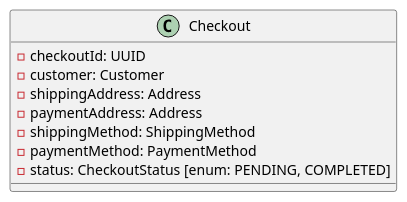
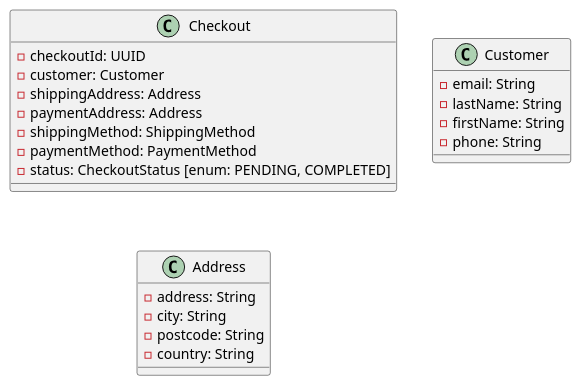
One commit to szabolaszlo/storefrontdemo changed the second of 2 diagrams in Checkout/App/docs/api.adoc. Above: the diagram before and after it, drawn with PlantUML.

Commit message:
customer, address object

```diff
--- a/Checkout/App/docs/api.adoc
+++ b/Checkout/App/docs/api.adoc
@@ -93,12 +93,26 @@
 [plantuml]
 ----
 class Checkout {
     - checkoutId: UUID
     - customer: Customer
     - shippingAddress: Address
     - paymentAddress: Address
     - shippingMethod: ShippingMethod
     - paymentMethod: PaymentMethod
     - status: CheckoutStatus [enum: PENDING, COMPLETED]
 }
+
+class Customer {
+    - email: String
+    - lastName: String
+    - firstName: String
+    - phone: String
+}
+
+class Address {
+    - address: String
+    - city: String
+    - postcode: String
+    - country: String
+}
 ----
```
